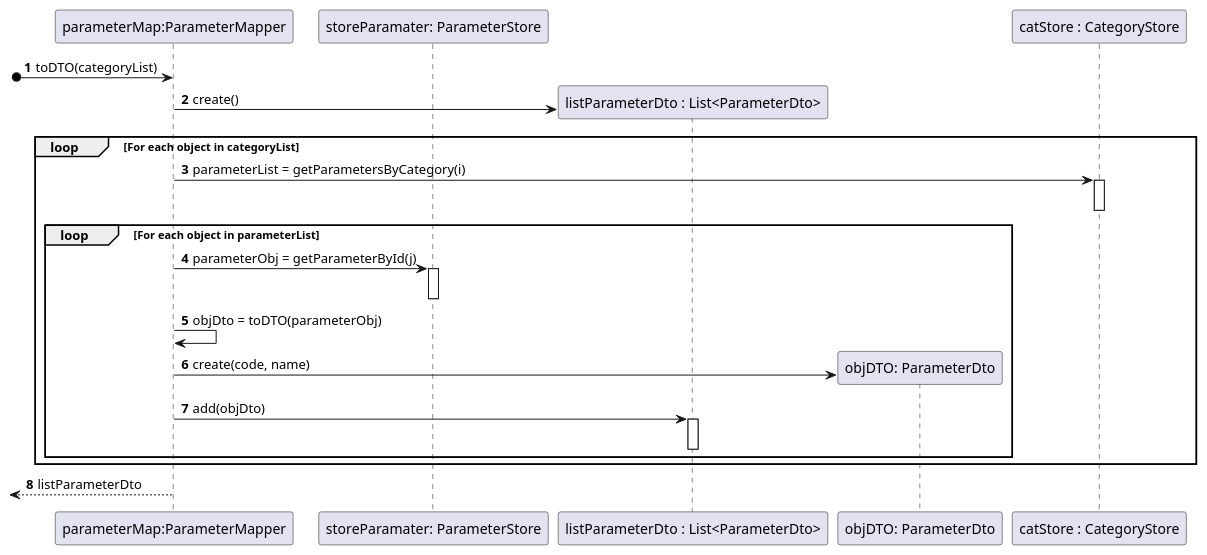
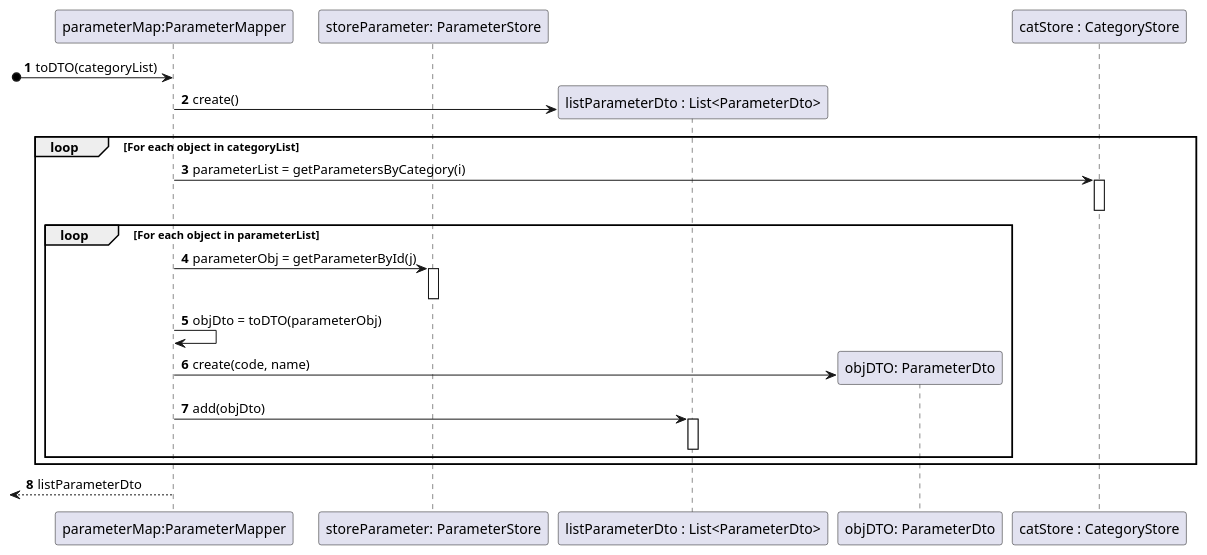
One commit to GuilhermeCunha79/lapr2 changed the diagram in docs/SprintC/US4/SD_ParameterMapper_toDTO_list.puml. Above: the diagram before and after it, drawn with PlantUML. The commit also changed 6 other files, not shown here.

Commit message:
[US4]Update all Diagrams and .md

```diff
--- a/docs/SprintC/US4/SD_ParameterMapper_toDTO_list.puml
+++ b/docs/SprintC/US4/SD_ParameterMapper_toDTO_list.puml
@@ -1,34 +1,34 @@
 @startuml
 autonumber
 
-participant "parameterMap:ParameterMapper" as PARMAPPER
-participant "storeParamater: ParameterStore" as PARSTORE
-participant "listParameterDto : List<ParameterDto>" as PARAMETERLIST
-participant "objDTO: ParameterDto" as PARAMETERDTO
+participant "parameterMap:ParameterMapper" as PMAPPER
+participant "storeParameter: ParameterStore" as PSTORE
+participant "listParameterDto : List<ParameterDto>" as PLIST
+participant "objDTO: ParameterDto" as PDTO
 participant "catStore : CategoryStore" as CATSTORE
 
 
-[o-> PARMAPPER : toDTO(categoryList)
-PARMAPPER -> PARAMETERLIST**: create()
+[o-> PMAPPER : toDTO(categoryList)
+PMAPPER -> PLIST**: create()
 
 loop For each object in categoryList
 
-PARMAPPER -> CATSTORE : parameterList = getParametersByCategory(i)
+PMAPPER -> CATSTORE : parameterList = getParametersByCategory(i)
 activate CATSTORE
 deactivate CATSTORE
     loop For each object in parameterList
-        PARMAPPER -> PARSTORE : parameterObj = getParameterById(j)
-        activate PARSTORE
-        deactivate PARSTORE
-        PARMAPPER -> PARMAPPER : objDto = toDTO(parameterObj)
-        PARMAPPER -> PARAMETERDTO** : create(code, name)
-        PARMAPPER -> PARAMETERLIST : add(objDto)
-        activate PARAMETERLIST
-        deactivate PARAMETERLIST
+        PMAPPER -> PSTORE : parameterObj = getParameterById(j)
+        activate PSTORE
+        deactivate PSTORE
+        PMAPPER -> PMAPPER : objDto = toDTO(parameterObj)
+        PMAPPER -> PDTO** : create(code, name)
+        PMAPPER -> PLIST : add(objDto)
+        activate PLIST
+        deactivate PLIST
     end
 end
 
-<-- PARMAPPER : listParameterDto
+<-- PMAPPER : listParameterDto
 
 
 @enduml
```
